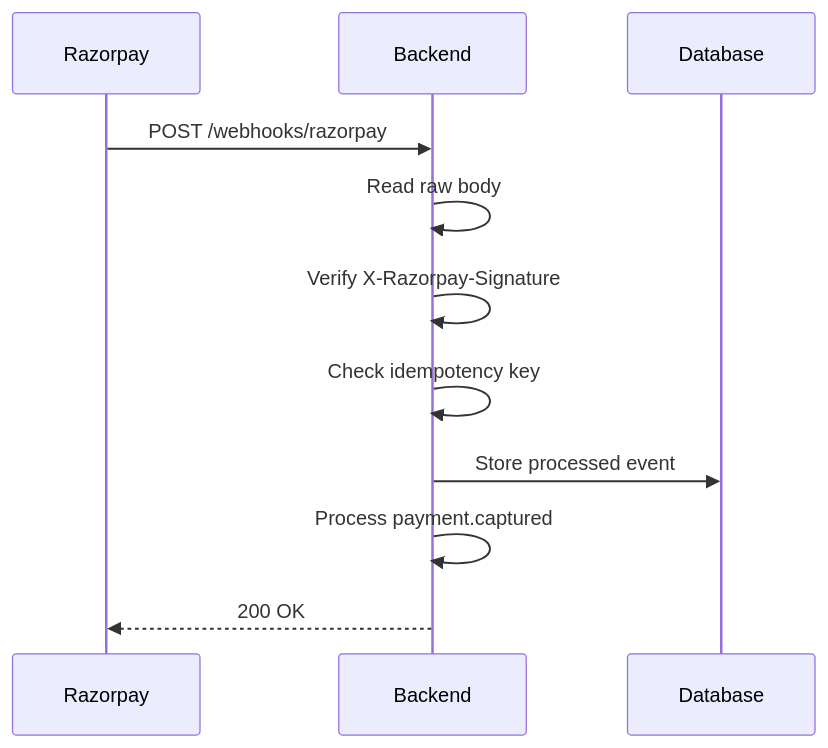
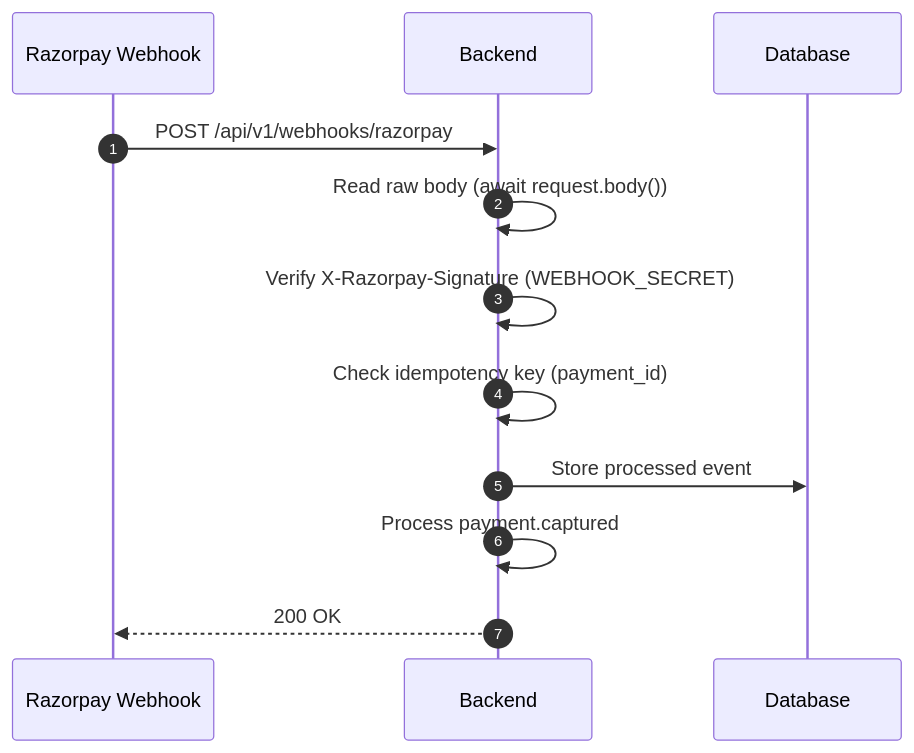
The third of 3 diagrams in README.md (KiranJinka45/JoshiFarms), drawn with Mermaid before and after one commit. The commit also changed other lines of this file, not shown here.

Commit message:
docs: update README.md with production architecture, security design, and AI dispatcher documentation

````diff
--- a/README.md
+++ b/README.md
@@ -108,14 +148,15 @@
 ```mermaid
 sequenceDiagram
-    participant R as Razorpay
+    autonumber
+    participant R as Razorpay Webhook
     participant B as Backend
     participant D as Database
 
-    R->>B: POST /webhooks/razorpay
-    B->>B: Read raw body
-    B->>B: Verify X-Razorpay-Signature
-    B->>B: Check idempotency key
+    R->>B: POST /api/v1/webhooks/razorpay
+    B->>B: Read raw body (await request.body())
+    B->>B: Verify X-Razorpay-Signature (WEBHOOK_SECRET)
+    B->>B: Check idempotency key (payment_id)
     B->>D: Store processed event
     B->>B: Process payment.captured
     B-->>R: 200 OK
 ```
````
